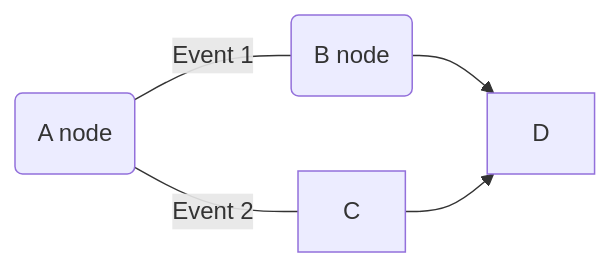
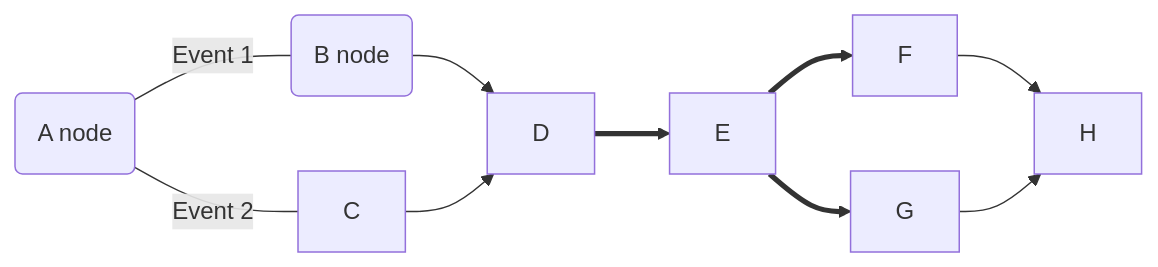
One commit to JoeAnonimist/blog changed the diagram in docs/qt_widgets/06_item_widgets/03_tree_widget.md. Above: the diagram before and after it, drawn with Mermaid.

````diff
--- a/docs/qt_widgets/06_item_widgets/03_tree_widget.md
+++ b/docs/qt_widgets/06_item_widgets/03_tree_widget.md
@@ -18,7 +18,12 @@
 ```mermaid
 flowchart LR;
 A(A node)-- Event 1 ---B(B node);
 A(A node)-- Event 2 ---C;
 B-->D;
 C-->D;
+D==>E;
+E==>F;
+E==>G;
+F-->H;
+G-->H;
 ```
````
